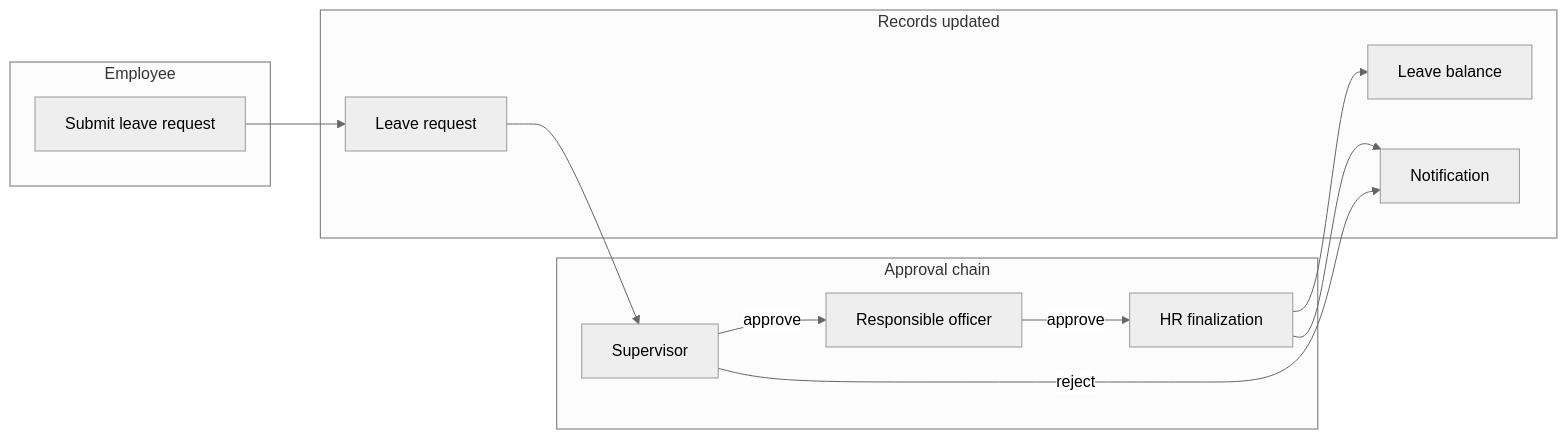
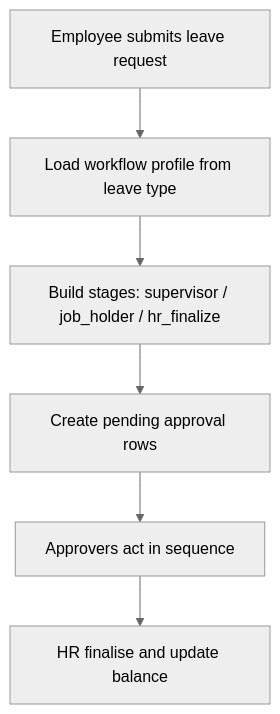
The fourth of 5 diagrams in docs/USER_GUIDE.md (mohuganda/performamance_management_system), drawn with Mermaid (neutral theme) before and after one commit. The commit also changed other lines of this file and 108 other files, not shown here.

````diff
--- a/docs/USER_GUIDE.md
+++ b/docs/USER_GUIDE.md
@@ -189,26 +192,10 @@
 ```mermaid
-flowchart LR
-  subgraph employee [Employee]
-    E1[Submit leave request]
-  end
-
-  subgraph workflow [Approval chain]
-    S[Supervisor]
-    RO[Responsible officer]
-    HR[HR finalization]
-  end
-
-  subgraph records [Records updated]
-    LR[Leave request]
-    LB[Leave balance]
-    N[Notification]
-  end
-
-  E1 --> LR
-  LR --> S
-  S -->|approve| RO
-  S -->|reject| N
-  RO -->|approve| HR
-  HR --> LB
-  HR --> N
+flowchart TD
+  E1[Employee submits leave request]
+  WT[Load workflow profile from leave type]
+  ST[Build stages: supervisor / job_holder / hr_finalize]
+  AP[Create pending approval rows]
+  SV[Approvers act in sequence]
+  HR[HR finalise and update balance]
+  E1 --> WT --> ST --> AP --> SV --> HR
 ```
````
